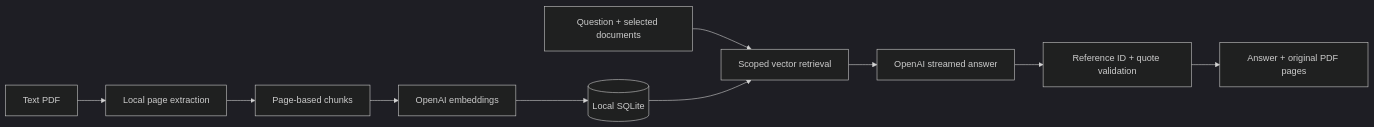
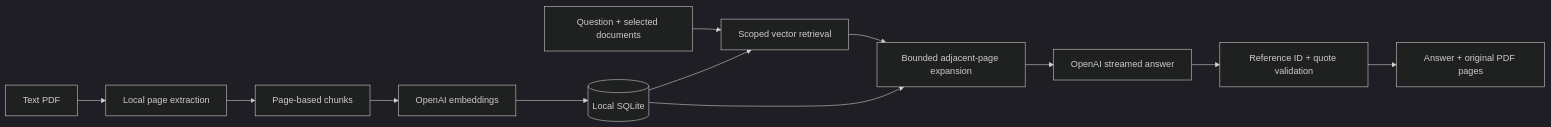
One commit to yiksu1312/DocuChat changed the diagram in README.md. Above: the diagram before and after it, drawn with Mermaid (dark theme). The commit also changed other lines of this file and 21 other files, not shown here.

Commit message:
Recover adjacent-page evidence and compare the frozen 28-case suite

````diff
--- a/README.md
+++ b/README.md
@@ -91,12 +91,14 @@
 ```mermaid
 flowchart LR
     PDF[Text PDF] --> Parse[Local page extraction]
     Parse --> Chunks[Page-based chunks]
     Chunks --> Embed[OpenAI embeddings]
     Embed --> Store[(Local SQLite)]
     Q[Question + selected documents] --> Search[Scoped vector retrieval]
     Store --> Search
-    Search --> Model[OpenAI streamed answer]
+    Search --> Neighbors[Bounded adjacent-page expansion]
+    Store --> Neighbors
+    Neighbors --> Model[OpenAI streamed answer]
     Model --> Check[Reference ID + quote validation]
     Check --> UI[Answer + original PDF pages]
 ```
````
